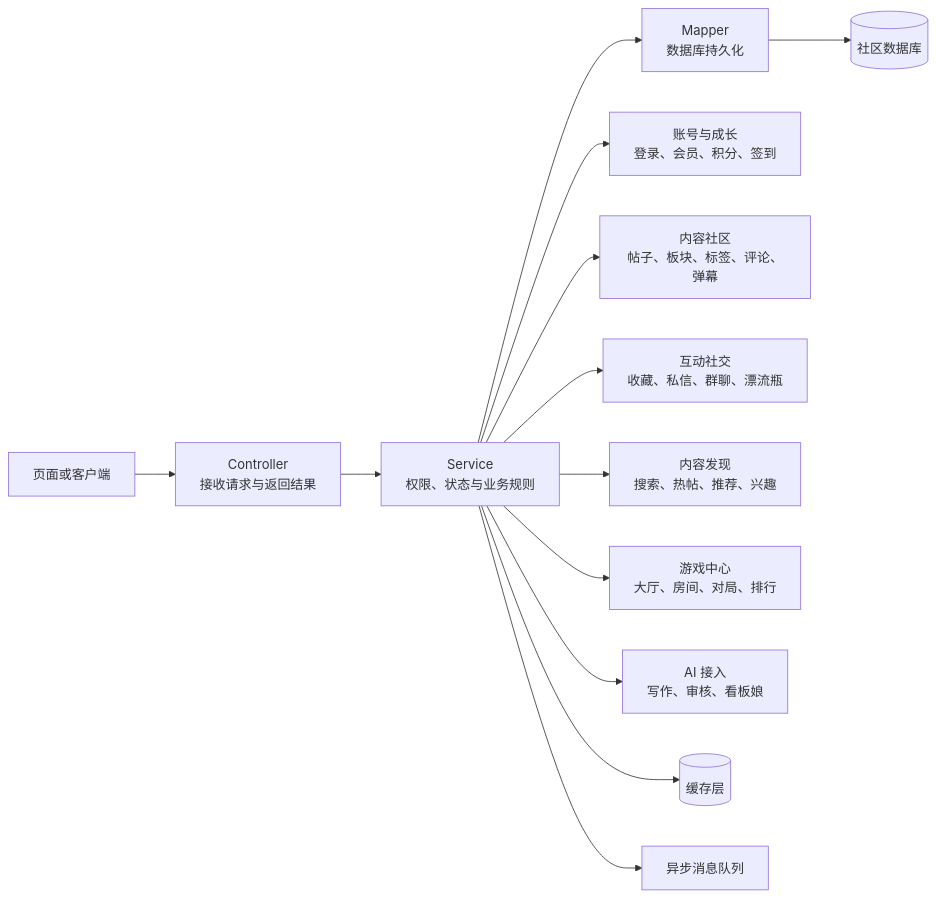
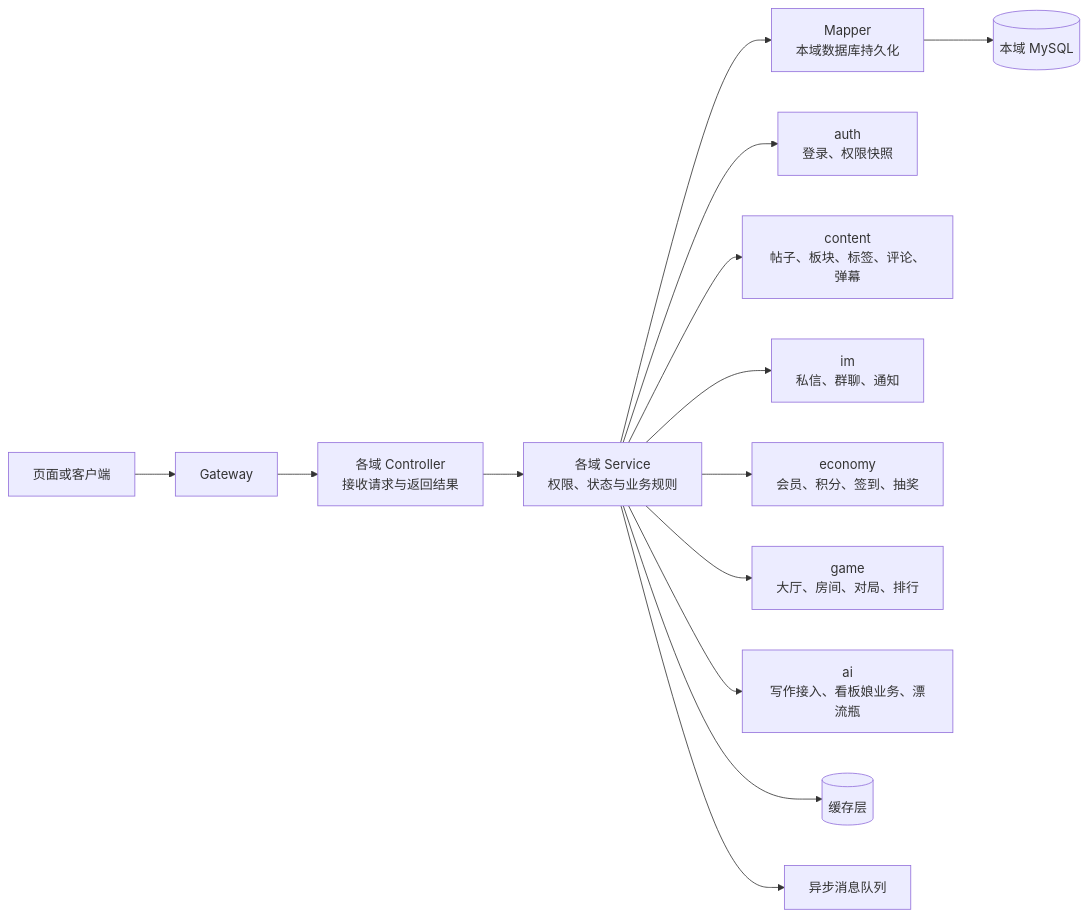
One commit to pluchon/mengmeng_forum changed the third of 20 diagrams in README.md. Above: the diagram before and after it, drawn with Mermaid. The commit also changed other lines of this file and 1 other file, not shown here.

````diff
--- a/README.md
+++ b/README.md
@@ -74,15 +119,16 @@
 ```mermaid
 flowchart LR
-  U["页面或客户端"] --> C["Controller<br/>接收请求与返回结果"]
-  C --> S["Service<br/>权限、状态与业务规则"]
-  S --> MP["Mapper<br/>数据库持久化"]
-  MP --> DB[("社区数据库")]
-  S --> USER["账号与成长<br/>登录、会员、积分、签到"]
-  S --> ARTICLE["内容社区<br/>帖子、板块、标签、评论、弹幕"]
-  S --> SOCIAL["互动社交<br/>收藏、私信、群聊、漂流瓶"]
-  S --> DISCOVER["内容发现<br/>搜索、热帖、推荐、兴趣"]
-  S --> GAME["游戏中心<br/>大厅、房间、对局、排行"]
-  S --> AI["AI 接入<br/>写作、审核、看板娘"]
+  U["页面或客户端"] --> GW["Gateway"]
+  GW --> C["各域 Controller<br/>接收请求与返回结果"]
+  C --> S["各域 Service<br/>权限、状态与业务规则"]
+  S --> MP["Mapper<br/>本域数据库持久化"]
+  MP --> DB[("本域 MySQL")]
+  S --> AUTH["auth<br/>登录、权限快照"]
+  S --> CONTENT["content<br/>帖子、板块、标签、评论、弹幕"]
+  S --> IM["im<br/>私信、群聊、通知"]
+  S --> ECO["economy<br/>会员、积分、签到、抽奖"]
+  S --> GAME["game<br/>大厅、房间、对局、排行"]
+  S --> AI["ai<br/>写作接入、看板娘业务、漂流瓶"]
   S --> R[("缓存层")]
   S --> MQ["异步消息队列"]
 ```
````
